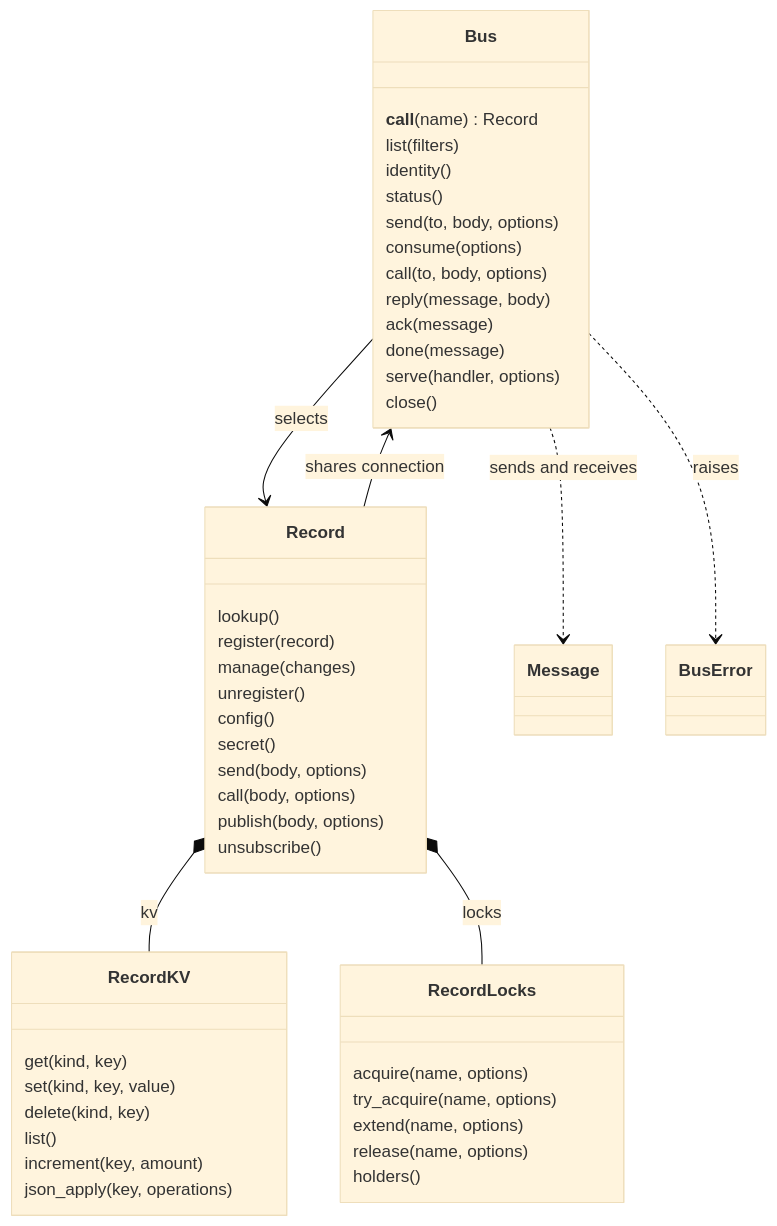
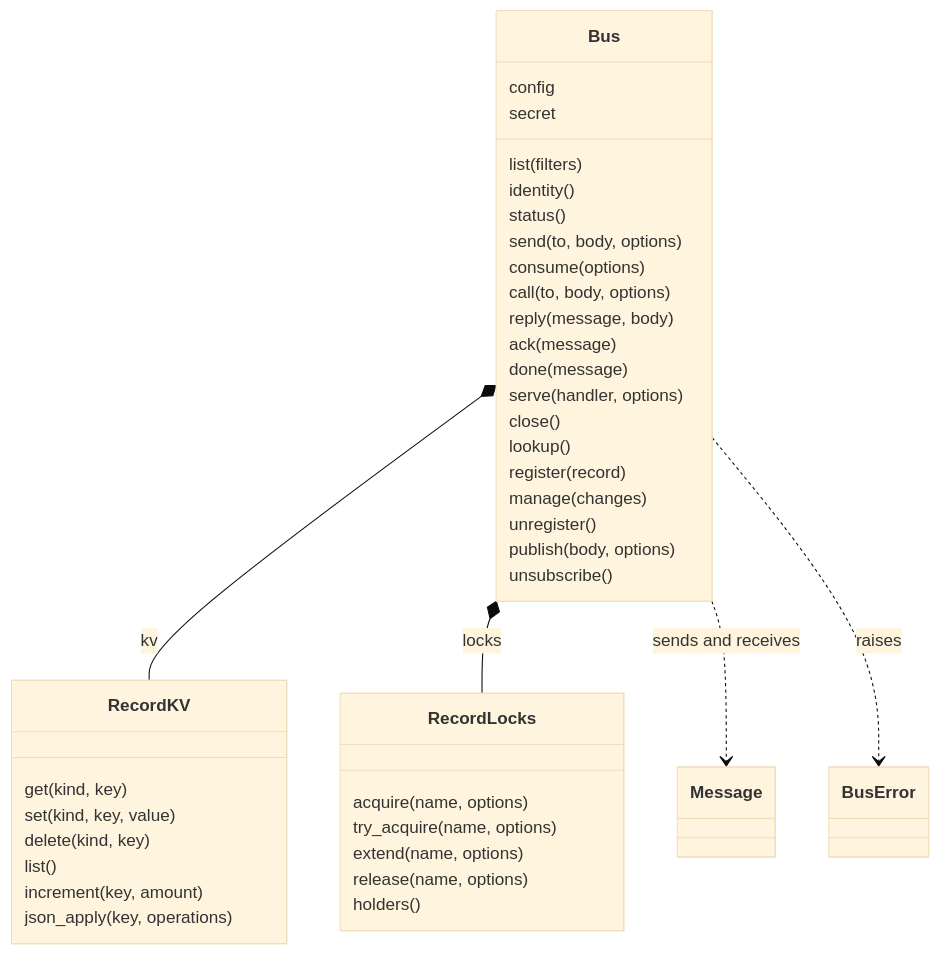
One commit to parf/ai-agent-bus changed the diagram in Plans/R1.0-Release/client-libraries.md. Above: the diagram before and after it, drawn with Mermaid (base theme). The commit also changed other lines of this file and 1 other file, not shown here.

Commit message:
Record lazy blocking Python properties and the named Bus proposal

````diff
--- a/Plans/R1.0-Release/client-libraries.md
+++ b/Plans/R1.0-Release/client-libraries.md
@@ -62,53 +69,46 @@
 ```mermaid
 classDiagram
     class Bus {
-        __call__(name) Record
+        config
+        secret
         list(filters)
         identity()
         status()
         send(to, body, options)
         consume(options)
         call(to, body, options)
         reply(message, body)
         ack(message)
         done(message)
         serve(handler, options)
         close()
-    }
-    class Record {
         lookup()
         register(record)
         manage(changes)
         unregister()
-        config()
-        secret()
-        send(body, options)
-        call(body, options)
         publish(body, options)
         unsubscribe()
     }
     class RecordKV {
         get(kind, key)
         set(kind, key, value)
         delete(kind, key)
         list()
         increment(key, amount)
         json_apply(key, operations)
     }
     class RecordLocks {
         acquire(name, options)
         try_acquire(name, options)
         extend(name, options)
         release(name, options)
         holders()
     }
     class Message
     class BusError
 
-    Bus --> Record : selects
-    Record --> Bus : shares connection
-    Record *-- RecordKV : kv
-    Record *-- RecordLocks : locks
+    Bus *-- RecordKV : kv
+    Bus *-- RecordLocks : locks
     Bus ..> Message : sends and receives
     Bus ..> BusError : raises
 ```
````
